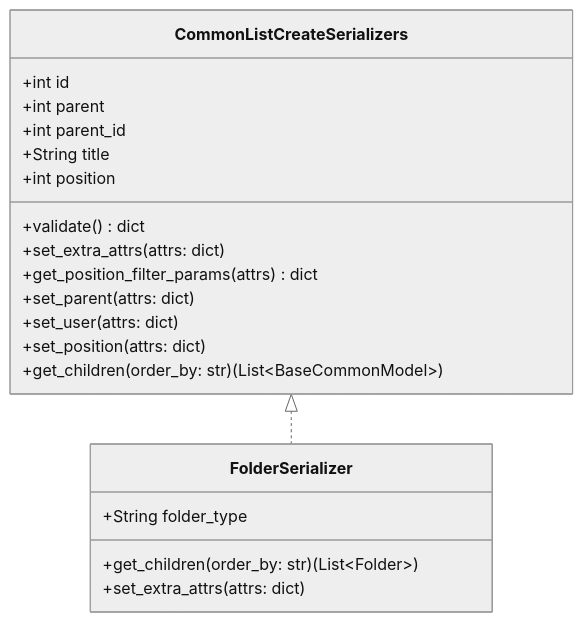
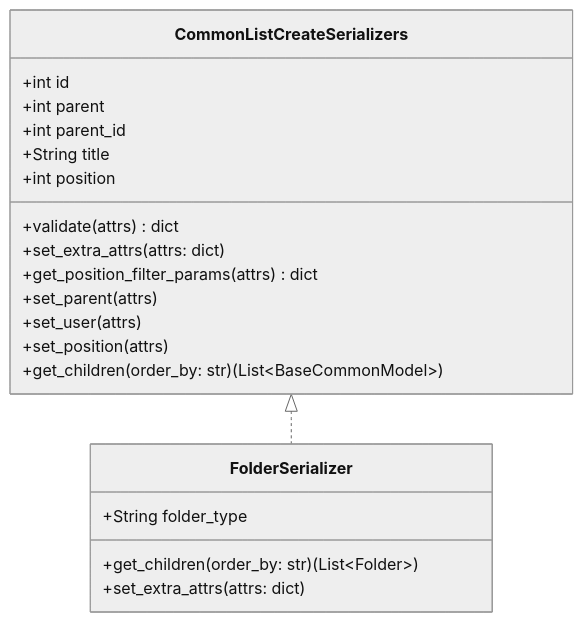
Before and after one commit to 21epub/epub-python-core: the second of 2 diagrams in docs/BaseCommonModel.md, drawn with Mermaid (neutral theme). The commit also changed other lines of this file and 1 other file, not shown here.

````diff
--- a/docs/BaseCommonModel.md
+++ b/docs/BaseCommonModel.md
@@ -35,29 +35,29 @@
 ```mermaid
 classDiagram
 
 class CommonListCreateSerializers{
     +int id
     +int parent
     +int parent_id
     +String title
     +int position
     
-    +validate() dict
+    +validate(attrs) dict
     +set_extra_attrs(attrs: dict)
     +get_position_filter_params(attrs) dict 
-    +set_parent(attrs: dict)
-    +set_user(attrs: dict)
-    +set_position(attrs: dict)
+    +set_parent(attrs)
+    +set_user(attrs)
+    +set_position(attrs)
     +get_children(order_by: str) (List~BaseCommonModel~)
 }
 
 class FolderSerializer{
     +String folder_type 
   
     +get_children(order_by: str) (List~Folder~)
     +set_extra_attrs(attrs: dict)
 }
 
 CommonListCreateSerializers <|.. FolderSerializer
 
 ```
````
